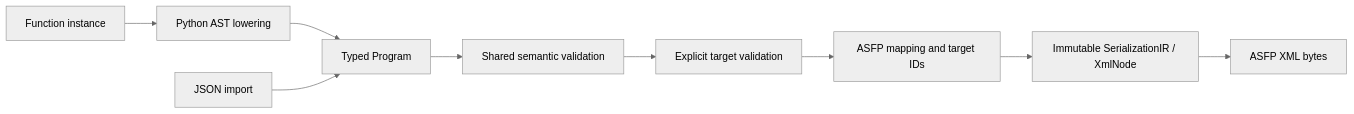
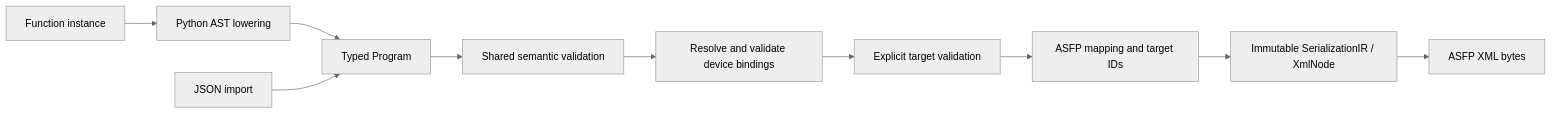
The diagram in docs/13_ASFP_COMPILER.md (TsumiNa/sciloom), drawn with Mermaid (neutral theme) before and after one commit. The commit also changed other lines of this file and 36 other files, not shown here.

First line of the commit message:
Declare logical device slots with explicit target bindings (#24)

````diff
--- a/docs/13_ASFP_COMPILER.md
+++ b/docs/13_ASFP_COMPILER.md
@@ -96,9 +96,10 @@
 ```mermaid
 flowchart LR
     Python["Function instance"] --> Lower["Python AST lowering"] --> Semantic["Typed Program"]
     JSON["JSON import"] --> Semantic
     Semantic --> Validate["Shared semantic validation"]
-    Validate --> Target["Explicit target validation"] --> Backend["ASFP mapping and target IDs"]
+    Validate --> Bind["Resolve and validate device bindings"]
+    Bind --> Target["Explicit target validation"] --> Backend["ASFP mapping and target IDs"]
     Backend --> SIR["Immutable SerializationIR / XmlNode"]
     SIR --> XML["ASFP XML bytes"]
 ```
````
